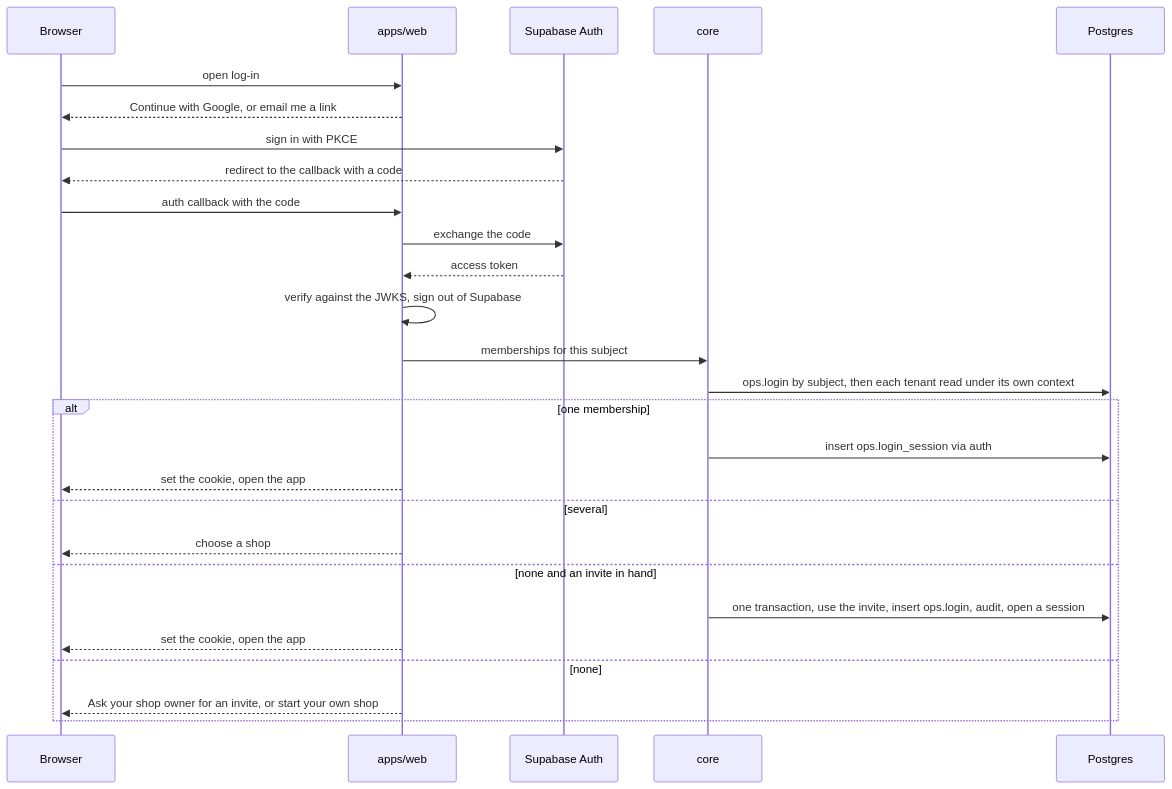
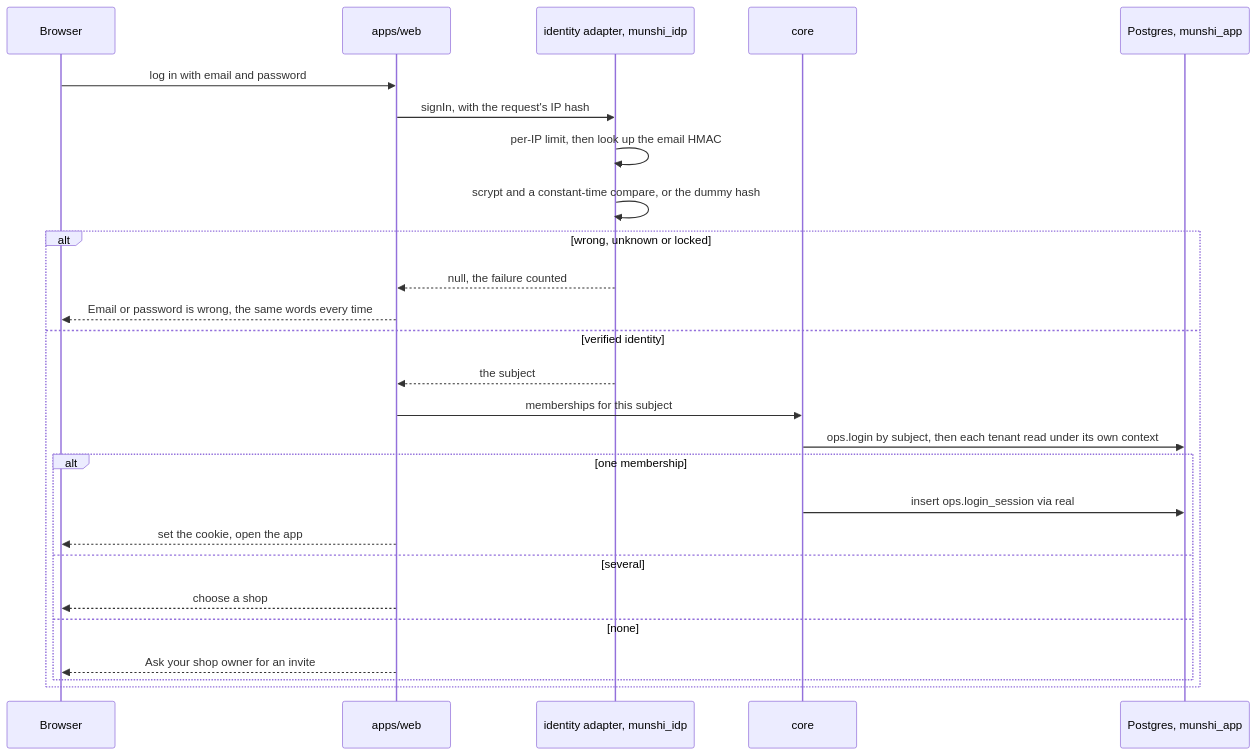
One commit to SawhneySatvik/munshi changed diagram 13 of 19 in docs/BLUEPRINT.md. Above: the diagram before and after it, drawn with Mermaid. The commit also changed other lines of this file, not shown here.

````diff
--- a/docs/BLUEPRINT.md
+++ b/docs/BLUEPRINT.md
@@ -1572,29 +1733,28 @@
 ```mermaid
 sequenceDiagram
   participant B as Browser
   participant W as apps/web
-  participant S as Supabase Auth
+  participant A as identity adapter, munshi_idp
   participant C as core
-  participant D as Postgres
-  B->>W: open log-in
-  W-->>B: Continue with Google, or email me a link
-  B->>S: sign in with PKCE
-  S-->>B: redirect to the callback with a code
-  B->>W: auth callback with the code
-  W->>S: exchange the code
-  S-->>W: access token
-  W->>W: verify against the JWKS, sign out of Supabase
-  W->>C: memberships for this subject
-  C->>D: ops.login by subject, then each tenant read under its own context
-  alt one membership
-    C->>D: insert ops.login_session via auth
-    W-->>B: set the cookie, open the app
-  else several
-    W-->>B: choose a shop
-  else none and an invite in hand
-    C->>D: one transaction, use the invite, insert ops.login, audit, open a session
-    W-->>B: set the cookie, open the app
-  else none
-    W-->>B: Ask your shop owner for an invite, or start your own shop
+  participant D as Postgres, munshi_app
+  B->>W: log in with email and password
+  W->>A: signIn, with the request's IP hash
+  A->>A: per-IP limit, then look up the email HMAC
+  A->>A: scrypt and a constant-time compare, or the dummy hash
+  alt wrong, unknown or locked
+    A-->>W: null, the failure counted
+    W-->>B: Email or password is wrong, the same words every time
+  else verified identity
+    A-->>W: the subject
+    W->>C: memberships for this subject
+    C->>D: ops.login by subject, then each tenant read under its own context
+    alt one membership
+      C->>D: insert ops.login_session via real
+      W-->>B: set the cookie, open the app
+    else several
+      W-->>B: choose a shop
+    else none
+      W-->>B: Ask your shop owner for an invite
+    end
   end
 ```
````
